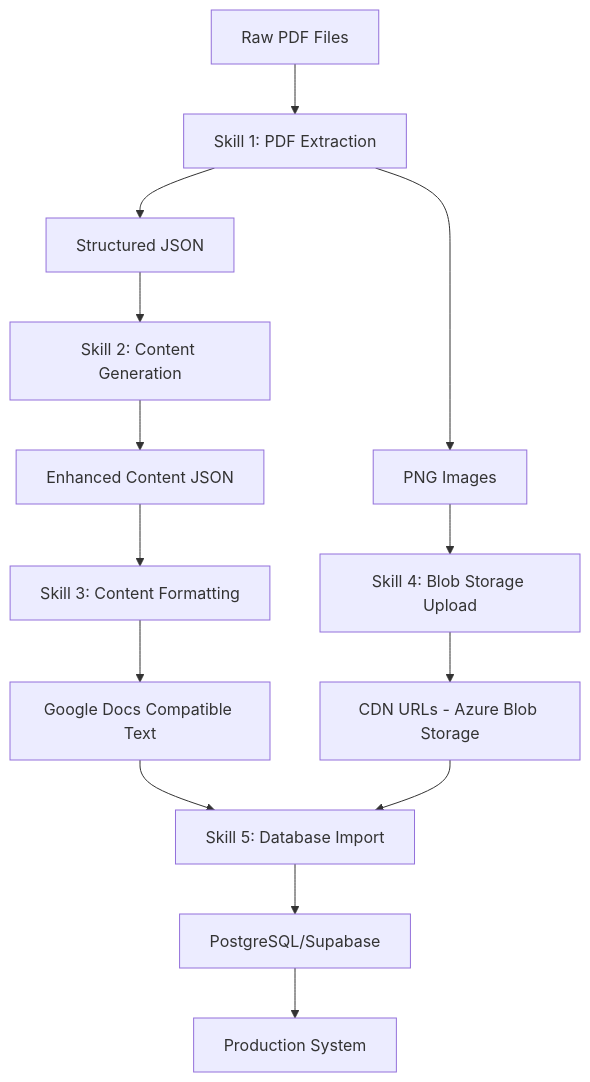
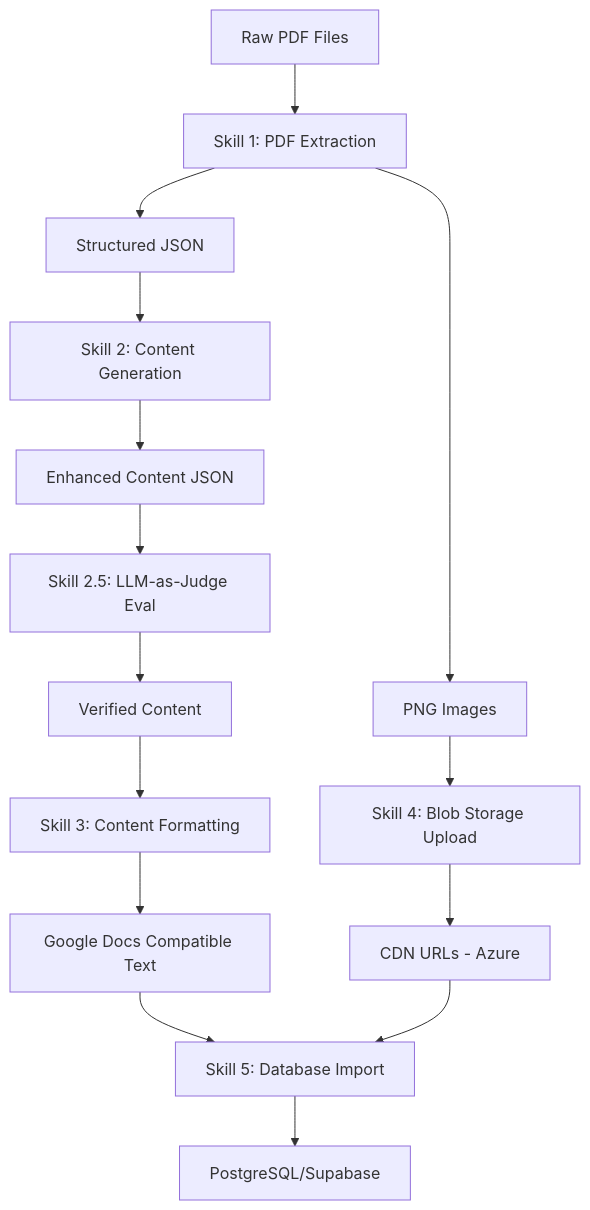
Before and after one commit to shmukit/Edmate: the diagram in content_gen/docs/AGENTIC_WORKFLOW.md, drawn with Mermaid. The commit also changed other lines of this file, not shown here.

Commit message:
Add LLM-as-Judge observability phase and skill definition to documentation

````diff
--- a/content_gen/docs/AGENTIC_WORKFLOW.md
+++ b/content_gen/docs/AGENTIC_WORKFLOW.md
@@ -13,16 +13,17 @@
 ```mermaid
 graph TB
     A[Raw PDF Files] --> B[Skill 1: PDF Extraction]
     B --> C[Structured JSON]
     B --> D[PNG Images]
     C --> E[Skill 2: Content Generation]
     E --> F[Enhanced Content JSON]
-    F --> G[Skill 3: Content Formatting]
-    G --> H[Google Docs Compatible Text]
-    D --> I[Skill 4: Blob Storage Upload]
-    I --> J[CDN URLs - Azure Blob Storage]
-    H --> K[Skill 5: Database Import]
-    J --> K
-    K --> L[PostgreSQL/Supabase]
-    L --> M[Production System]
+    F --> G[Skill 2.5: LLM-as-Judge Eval]
+    G --> H[Verified Content]
+    H --> I[Skill 3: Content Formatting]
+    I --> J[Google Docs Compatible Text]
+    D --> K[Skill 4: Blob Storage Upload]
+    K --> L[CDN URLs - Azure]
+    J --> M[Skill 5: Database Import]
+    L --> M
+    M --> N[PostgreSQL/Supabase]
 ```
````
